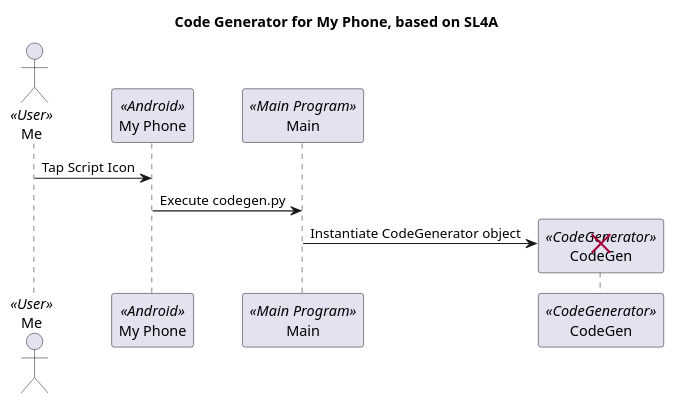
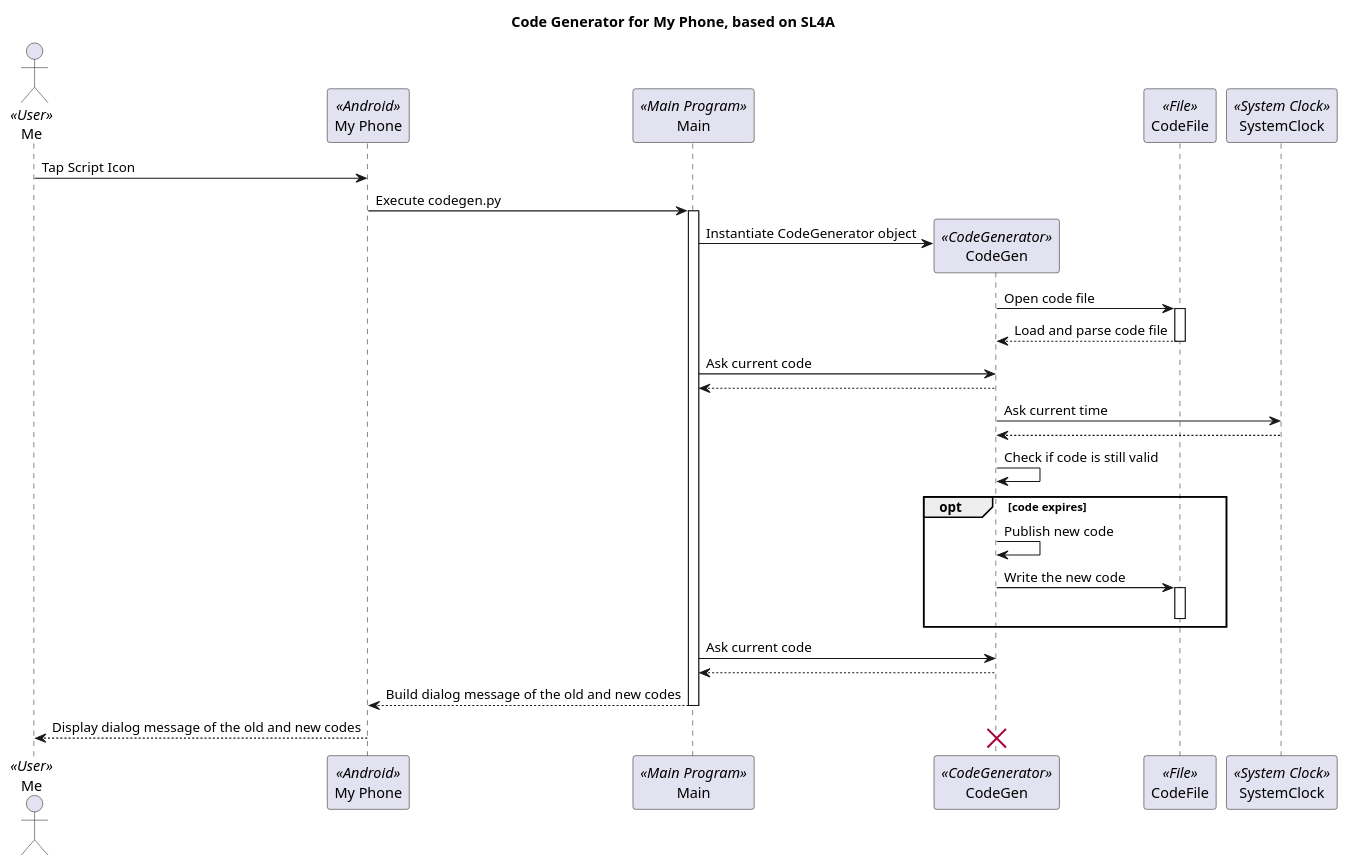
One commit to igrep/codegen4my-phone changed the diagram in sequence-codegen.plantuml. Above: the diagram before and after it, drawn with PlantUML.

Commit message:
complete detailed sequence dialog

```diff
--- a/sequence-codegen.plantuml
+++ b/sequence-codegen.plantuml
@@ -1,16 +1,43 @@
 @startuml{sequence-codegen.png}
 title Code Generator for My Phone, based on SL4A
 
 actor Me as me << User >>
 participant "My Phone" as myPhone << Android >>
 participant Main as main << Main Program >>
 participant CodeGen as codeGen << CodeGenerator >>
+participant CodeFile as codeFile << File >>
+participant SystemClock as clock << System Clock >>
 
 me -> myPhone: Tap Script Icon
 myPhone -> main: Execute codegen.py
+activate main
 
 create codeGen
 main -> codeGen: Instantiate CodeGenerator object
+codeGen -> codeFile: Open code file
+activate codeFile
+codeGen <-- codeFile: Load and parse code file
+deactivate codeFile
+main -> codeGen : Ask current code
+main <-- codeGen
+
+codeGen -> clock : Ask current time
+codeGen <-- clock
+
+codeGen -> codeGen : Check if code is still valid
+opt code expires
+  codeGen -> codeGen : Publish new code
+  codeGen -> codeFile : Write the new code
+  activate codeFile
+  deactivate codeFile
+end
+
+main -> codeGen : Ask current code
+main <-- codeGen
+
+myPhone <-- main : Build dialog message of the old and new codes
+deactivate main
+me <-- myPhone : Display dialog message of the old and new codes
 destroy codeGen
 
 @enduml
```
